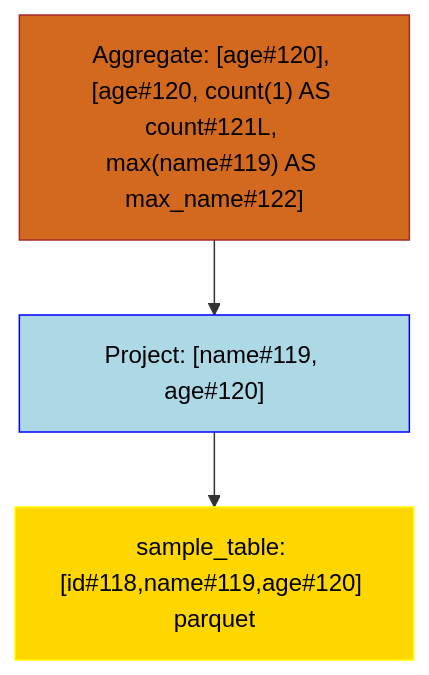
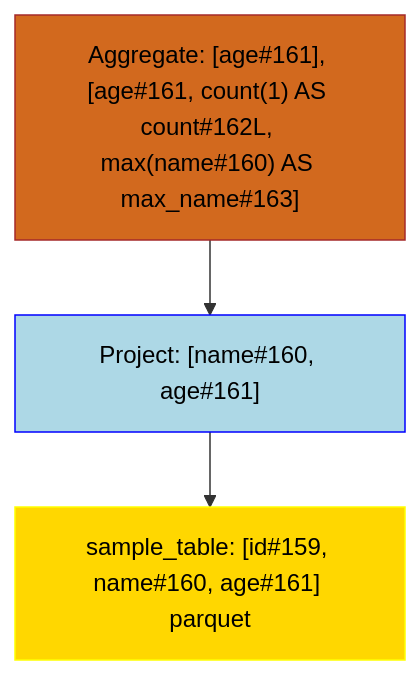
One commit to NielkNetraam/explainalyzed changed the diagram in data/visualization/aggregation_2.mmd. Above: the diagram before and after it, drawn with Mermaid. The commit also changed 24 other files, not shown here.

```diff
--- a/data/visualization/aggregation_2.mmd
+++ b/data/visualization/aggregation_2.mmd
@@ -1,14 +1,14 @@
 flowchart TD
     classDef PROJECT stroke:Blue,fill:LightBlue,color:black
     classDef FILTER stroke:Green,fill:LightGreen,color:black
     classDef UNION stroke:Purple,fill:Violet,color:black
     classDef JOIN stroke:DarkOrange,fill:Orange,color:black
     classDef RELATION stroke:Yellow,fill:Gold,color:black
     classDef AGGREGATE stroke:Brown,fill:Chocolate,color:black
 
-    Aggregate#1["Aggregate: [age#120], [age#120, count(1) AS count#121L, max(name#119) AS max_name#122]"]:::AGGREGATE
-    Project#11["Project: [name#119, age#120]"]:::PROJECT
-    Relation#111["sample_table: [id#118,name#119,age#120] parquet"]:::RELATION
+    Aggregate#1["Aggregate: [age#161], [age#161, count(1) AS count#162L, max(name#160) AS max_name#163]"]:::AGGREGATE
+    Project#11["Project: [name#160, age#161]"]:::PROJECT
+    Relation#111["sample_table: [id#159, name#160, age#161] parquet"]:::RELATION
 
     Aggregate#1 --> Project#11
         Project#11 --> Relation#111
```
